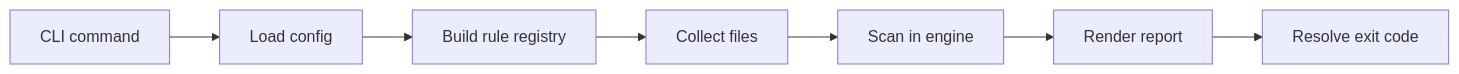
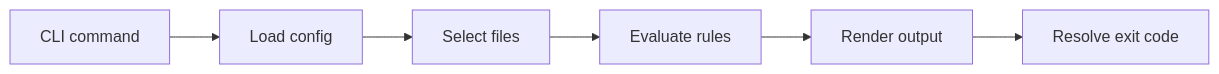
The diagram in docs/Onboarding.md (CunningFatalist/promptinel), drawn with Mermaid before and after one commit. The commit also changed other lines of this file and 47 other files, not shown here.

````diff
--- a/docs/Onboarding.md
+++ b/docs/Onboarding.md
@@ -134,9 +24,8 @@
 ```mermaid
 flowchart LR
     A["CLI command"] --> B["Load config"]
-    B --> C["Build rule registry"]
-    C --> D["Collect files"]
-    D --> E["Scan in engine"]
-    E --> F["Render report"]
-    F --> G["Resolve exit code"]
+    B --> C["Select files"]
+    C --> D["Evaluate rules"]
+    D --> E["Render output"]
+    E --> F["Resolve exit code"]
 ```
````
